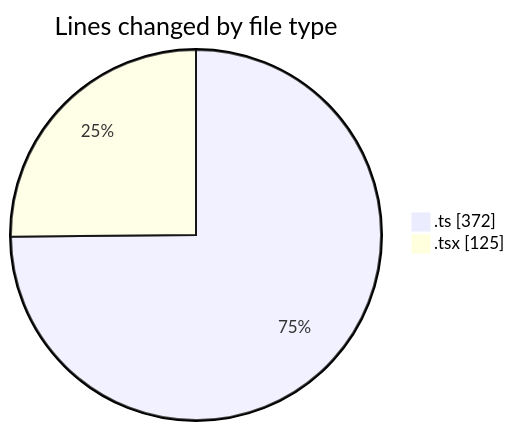
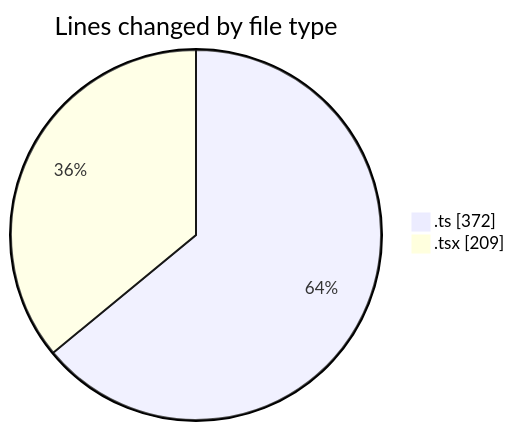
Before and after one commit to robertbonfada/code-tracking: the first of 2 diagrams in 2025-02-25/mbc-web/README.md, drawn with Mermaid. The commit also changed other lines of this file and 1 other file, not shown here.

````diff
--- a/2025-02-25/mbc-web/README.md
+++ b/2025-02-25/mbc-web/README.md
@@ -22,6 +22,6 @@
 ```mermaid
 pie showData
 title Lines changed by file type
 ".ts" : 372
-".tsx" : 125
+".tsx" : 209
 ```
````
